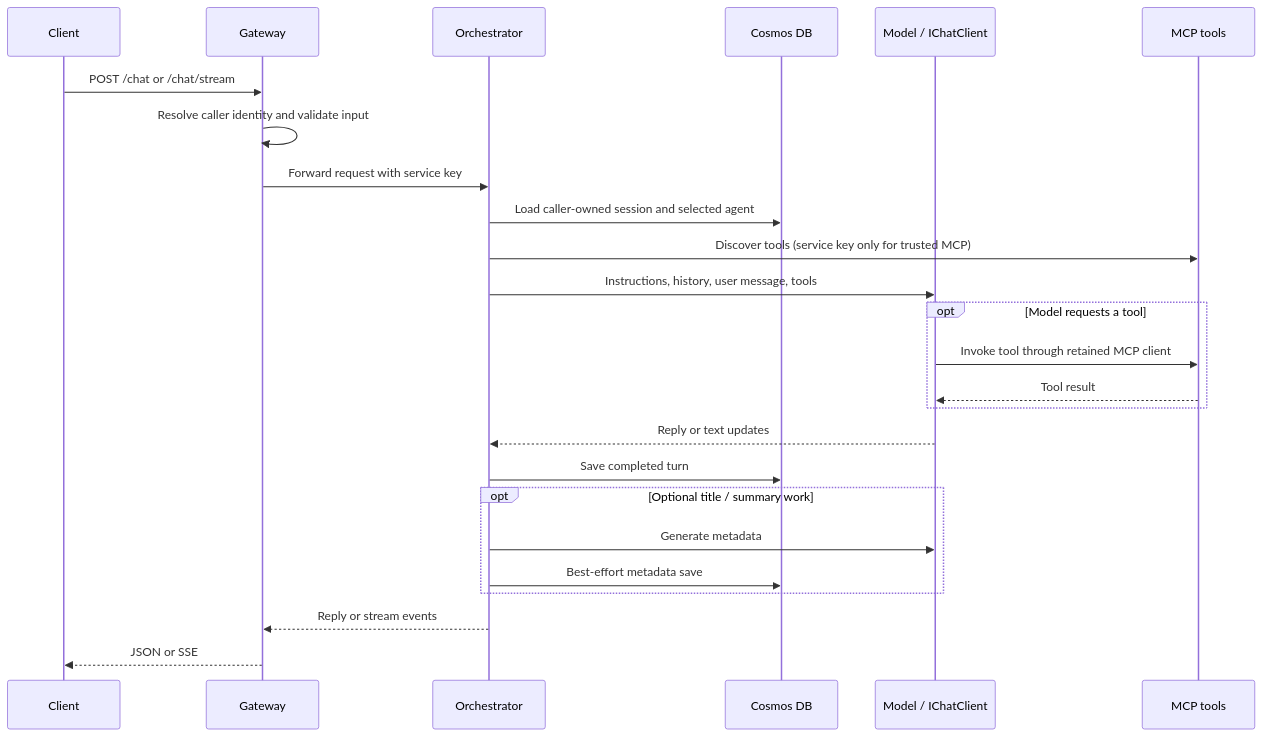
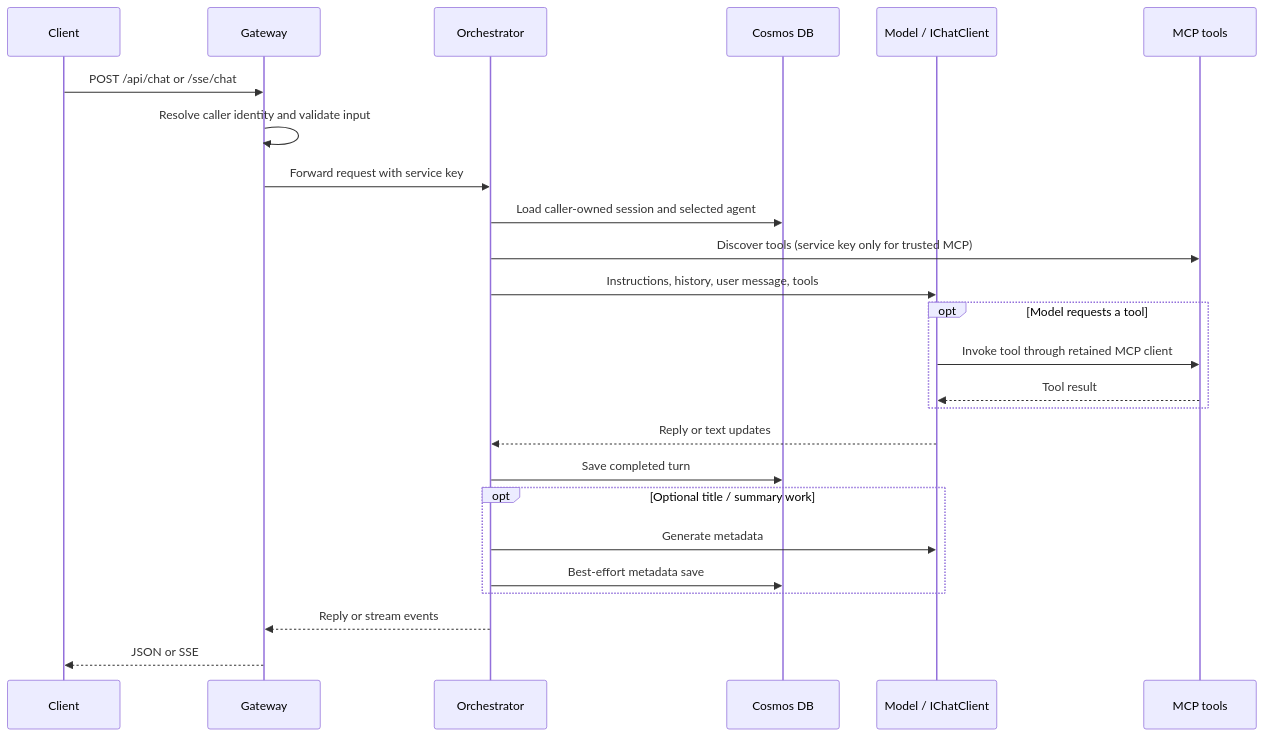
The second of 4 diagrams in docs/architecture.md (khuongpham1995/MyAIAgent), drawn with Mermaid before and after one commit. The commit also changed other lines of this file and 31 other files, not shown here.

````diff
--- a/docs/architecture.md
+++ b/docs/architecture.md
@@ -74,27 +74,27 @@
 ```mermaid
 sequenceDiagram
     participant C as Client
     participant G as Gateway
     participant O as Orchestrator
     participant DB as Cosmos DB
     participant M as Model / IChatClient
     participant T as MCP tools
-    C->>G: POST /chat or /chat/stream
+    C->>G: POST /api/chat or /sse/chat
     G->>G: Resolve caller identity and validate input
     G->>O: Forward request with service key
     O->>DB: Load caller-owned session and selected agent
     O->>T: Discover tools (service key only for trusted MCP)
     O->>M: Instructions, history, user message, tools
     opt Model requests a tool
         M->>T: Invoke tool through retained MCP client
         T-->>M: Tool result
     end
     M-->>O: Reply or text updates
     O->>DB: Save completed turn
     opt Optional title / summary work
         O->>M: Generate metadata
         O->>DB: Best-effort metadata save
     end
     O-->>G: Reply or stream events
     G-->>C: JSON or SSE
 ```
````
